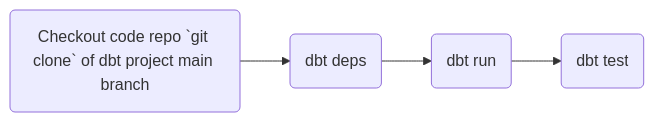
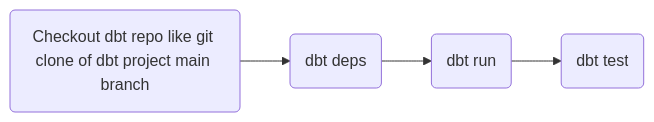
The second of 2 diagrams in README.md (EvaGachirwa/air_boltic), drawn with Mermaid before and after one commit.

````diff
--- a/README.md
+++ b/README.md
@@ -74,4 +74,4 @@
 ```mermaid
 graph LR
-A(Checkout code repo `git clone` of dbt project main branch) -->B(dbt deps) -->C(dbt run) -->D(dbt test)  
+A(Checkout dbt repo like git clone of dbt project main branch) -->B(dbt deps) -->C(dbt run) -->D(dbt test)  
 ```
````
